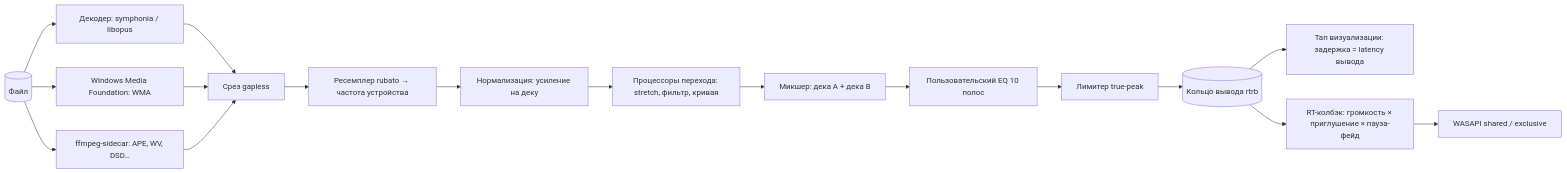
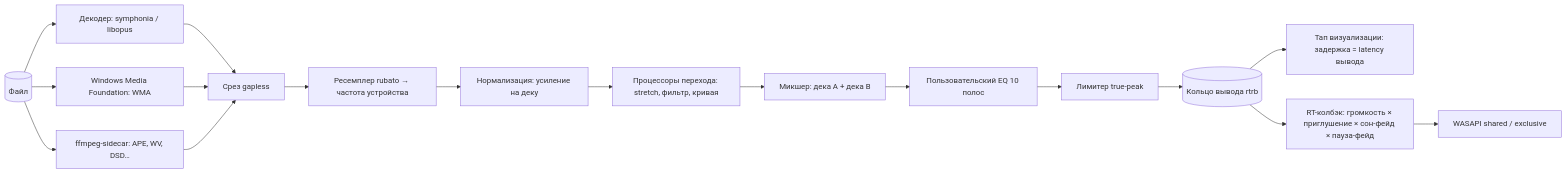
Before and after one commit to eropermakov/SirTone: the diagram in docs/04_AUDIO_AND_ANALYSIS.md, drawn with Mermaid. The commit also changed other lines of this file and 27 other files, not shown here.

````diff
--- a/docs/04_AUDIO_AND_ANALYSIS.md
+++ b/docs/04_AUDIO_AND_ANALYSIS.md
@@ -10,17 +10,17 @@
 ```mermaid
 flowchart LR
   F[(Файл)] --> D1[Декодер: symphonia / libopus]
   F --> D2[Windows Media Foundation: WMA]
   F --> D3[ffmpeg-sidecar: APE, WV, DSD…]
   D1 & D2 & D3 --> G[Срез gapless]
   G --> R[Ресемплер rubato → частота устройства]
   R --> N[Нормализация: усиление на деку]
   N --> T[Процессоры перехода: stretch, фильтр, кривая]
   T --> M[Микшер: дека A + дека B]
   M --> E[Пользовательский EQ 10 полос]
   E --> L[Лимитер true-peak]
   L --> Q[(Кольцо вывода rtrb)]
   Q --> V[Тап визуализации: задержка = latency вывода]
-  Q --> RT[RT-колбэк: громкость × приглушение × пауза-фейд]
+  Q --> RT[RT-колбэк: громкость × приглушение × сон-фейд × пауза-фейд]
   RT --> W[WASAPI shared / exclusive]
 ```
````
